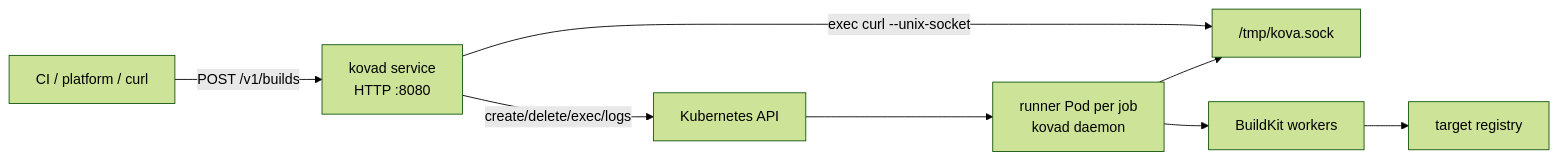
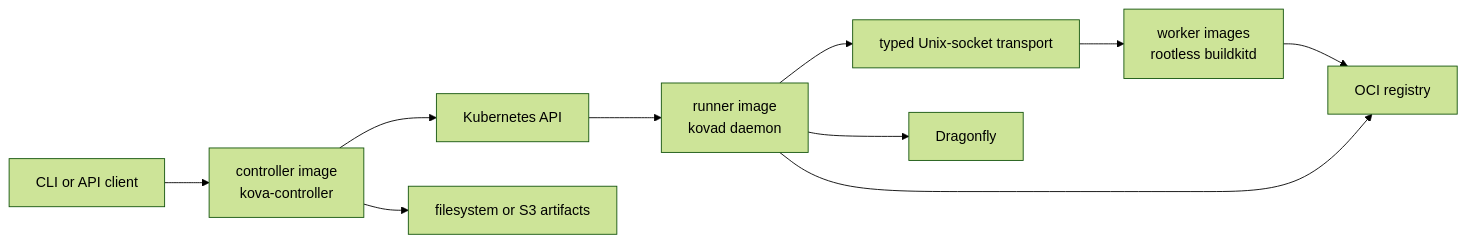
One commit to cofy-x/kova changed the diagram in docs/architecture.md. Above: the diagram before and after it, drawn with Mermaid (forest theme). The commit also changed other lines of this file and 80 other files, not shown here.

Commit message:
feat: establish cloud-neutral service architecture

````diff
--- a/docs/architecture.md
+++ b/docs/architecture.md
@@ -137,18 +61,22 @@
 ```mermaid
 flowchart LR
-  client["CI / platform / curl"]
-  gateway["kovad service<br/>HTTP :8080"]
+  client["CLI or API client"]
+  controller["controller image<br/>kova-controller"]
   api["Kubernetes API"]
-  runnerPod["runner Pod per job<br/>kovad daemon"]
-  socket["/tmp/kova.sock"]
-  worker["BuildKit workers"]
-  registry["target registry"]
+  store["filesystem or S3 artifacts"]
+  runner["runner image<br/>kovad daemon"]
+  transport["typed Unix-socket transport"]
+  workers["worker images<br/>rootless buildkitd"]
+  registry["OCI registry"]
+  dragonfly["Dragonfly"]
 
-  client -->|"POST /v1/builds"| gateway
-  gateway -->|"create/delete/exec/logs"| api
-  api --> runnerPod
-  gateway -->|"exec curl --unix-socket"| socket
-  runnerPod --> socket
-  runnerPod --> worker
-  worker --> registry
+  client --> controller
+  controller --> store
+  controller --> api
+  api --> runner
+  runner --> transport
+  transport --> workers
+  workers --> registry
+  runner --> registry
+  runner --> dragonfly
 ```
````
